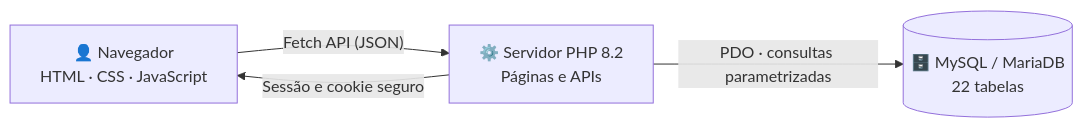
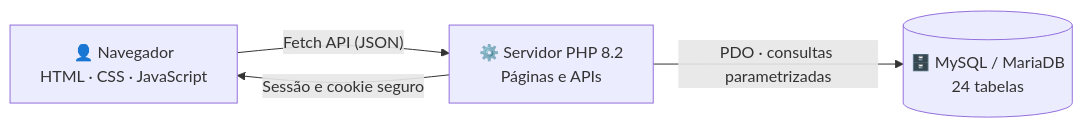
The first of 2 diagrams in README.md (thiagosoethe/FisioLife), drawn with Mermaid before and after one commit. The commit also changed other lines of this file and 6 other files, not shown here.

````diff
--- a/README.md
+++ b/README.md
@@ -145,6 +149,6 @@
 ```mermaid
 flowchart LR
     U["👤 Navegador<br/>HTML · CSS · JavaScript"] -- "Fetch API (JSON)" --> A["⚙️ Servidor PHP 8.2<br/>Páginas e APIs"]
-    A -- "PDO · consultas parametrizadas" --> D[("🗄️ MySQL / MariaDB<br/>22 tabelas")]
+    A -- "PDO · consultas parametrizadas" --> D[("🗄️ MySQL / MariaDB<br/>24 tabelas")]
     A -- "Sessão e cookie seguro" --> U
 ```
````
